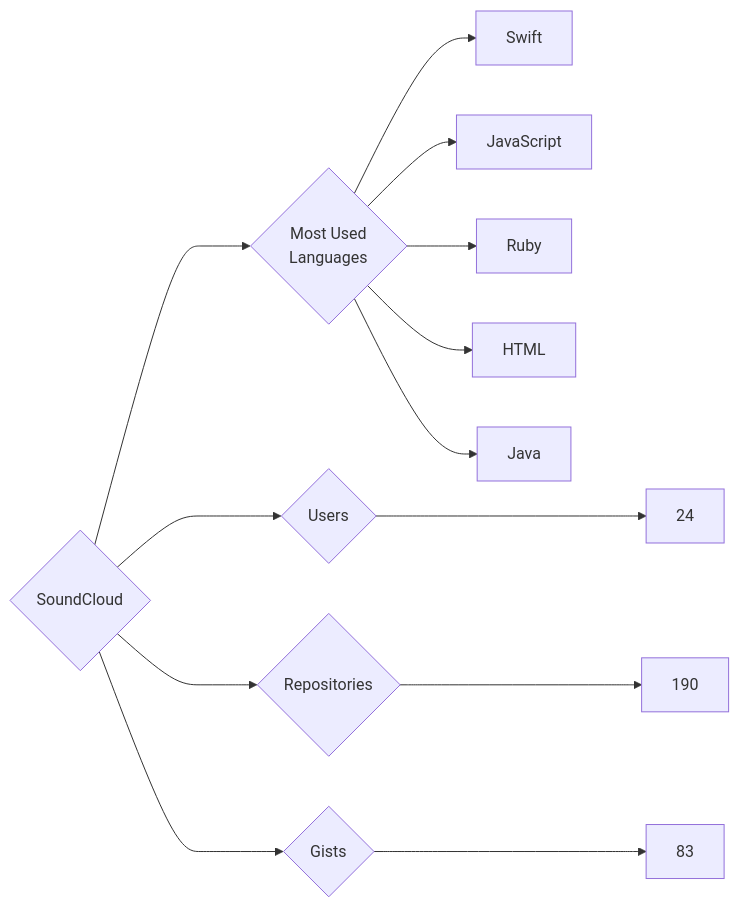
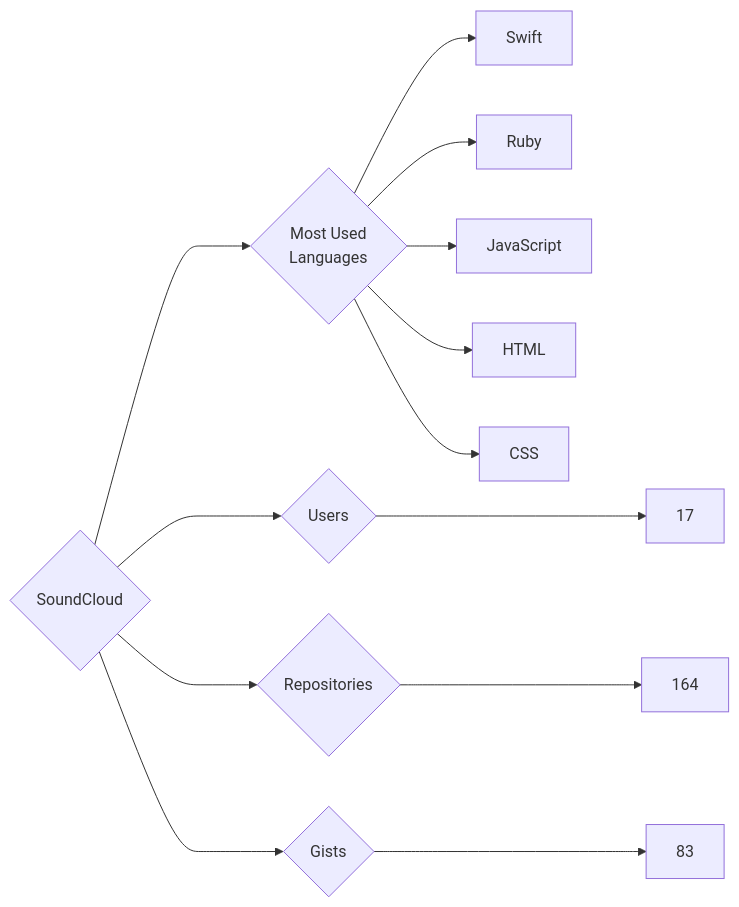
Before and after one commit to trickest/insiders: the diagram in targets/SoundCloud/README.md, drawn with Mermaid. The commit also changed 1248 other files, not shown here.

````diff
--- a/targets/SoundCloud/README.md
+++ b/targets/SoundCloud/README.md
@@ -3,13 +3,13 @@
 ```mermaid
 graph LR
 COMPANY_NAME{SoundCloud}
-COMPANY_NAME ---> U{Users} ---> UN[24]
-COMPANY_NAME ---> R{Repositories} ---> RN[190]
+COMPANY_NAME ---> U{Users} ---> UN[17]
+COMPANY_NAME ---> R{Repositories} ---> RN[164]
 COMPANY_NAME ---> G{Gists} ---> GN[83]
 COMPANY_NAME ---> ML{Most Used<br>Languages}
 ML --> Swift[Swift]
+ML --> Ruby[Ruby]
 ML --> JavaScript[JavaScript]
-ML --> Ruby[Ruby]
 ML --> HTML[HTML]
-ML --> Java[Java]
+ML --> CSS[CSS]
 ```
````
